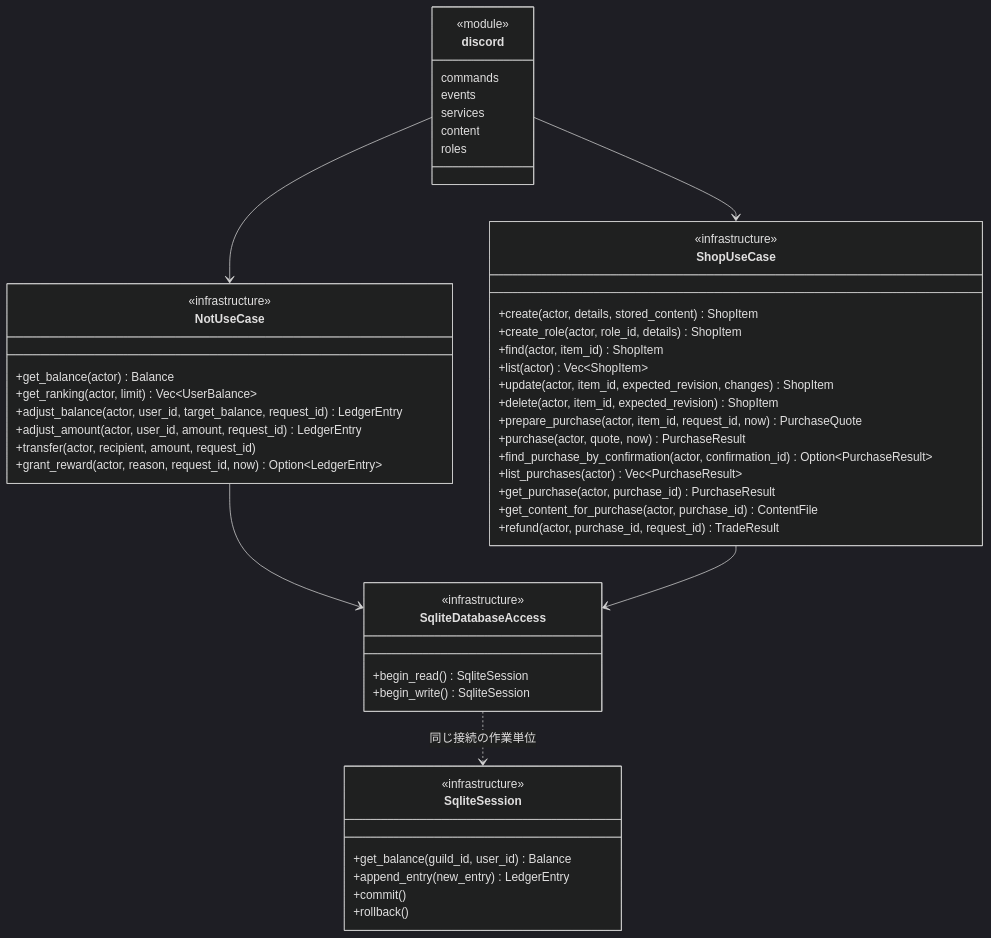
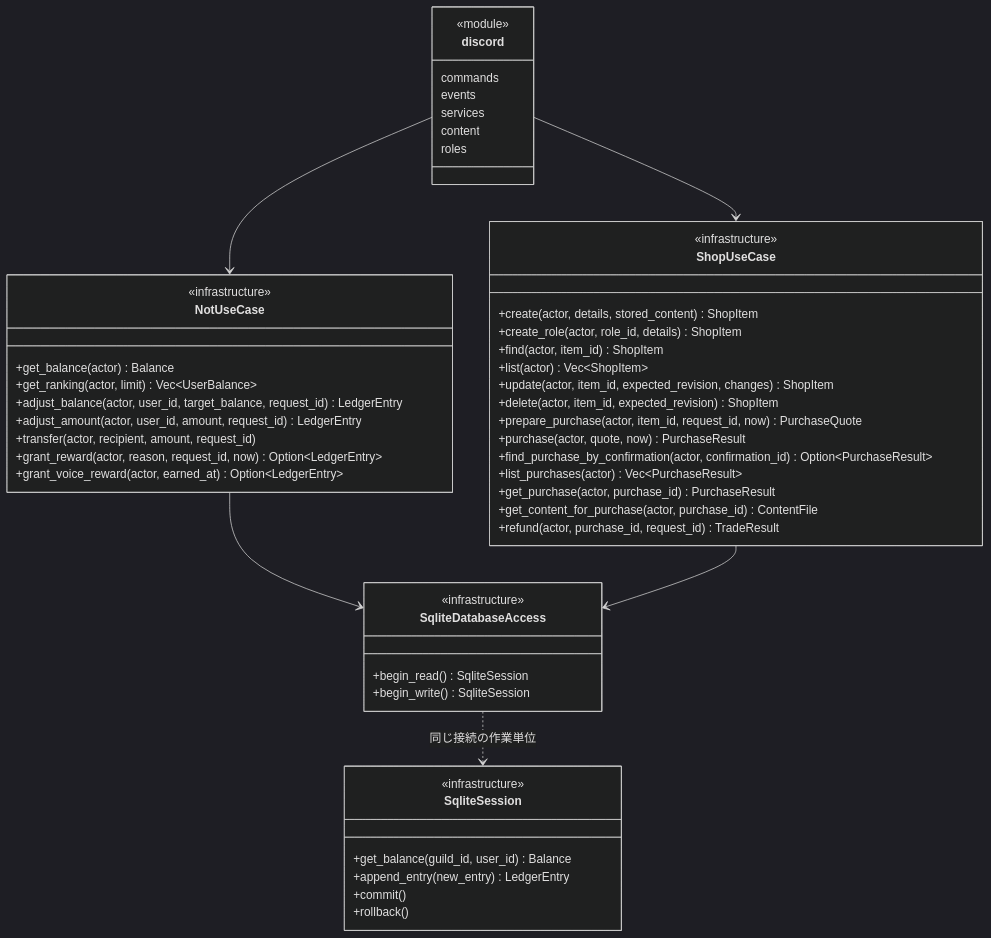
The diagram in design/REPOSITORY.md (segfau-yama/NotBot), drawn with Mermaid (dark theme) before and after one commit. The commit also changed other lines of this file and 16 other files, not shown here.

````diff
--- a/design/REPOSITORY.md
+++ b/design/REPOSITORY.md
@@ -9,53 +9,54 @@
 ```mermaid
 classDiagram
     class discord {
         <<module>>
         commands
         events
         services
         content
         roles
     }
     class NotUseCase {
         <<infrastructure>>
         +get_balance(actor) Balance
         +get_ranking(actor, limit) Vec~UserBalance~
         +adjust_balance(actor, user_id, target_balance, request_id) LedgerEntry
         +adjust_amount(actor, user_id, amount, request_id) LedgerEntry
         +transfer(actor, recipient, amount, request_id)
         +grant_reward(actor, reason, request_id, now) Option~LedgerEntry~
+        +grant_voice_reward(actor, earned_at) Option~LedgerEntry~
     }
     class ShopUseCase {
         <<infrastructure>>
         +create(actor, details, stored_content) ShopItem
         +create_role(actor, role_id, details) ShopItem
         +find(actor, item_id) ShopItem
         +list(actor) Vec~ShopItem~
         +update(actor, item_id, expected_revision, changes) ShopItem
         +delete(actor, item_id, expected_revision) ShopItem
         +prepare_purchase(actor, item_id, request_id, now) PurchaseQuote
         +purchase(actor, quote, now) PurchaseResult
         +find_purchase_by_confirmation(actor, confirmation_id) Option~PurchaseResult~
         +list_purchases(actor) Vec~PurchaseResult~
         +get_purchase(actor, purchase_id) PurchaseResult
         +get_content_for_purchase(actor, purchase_id) ContentFile
         +refund(actor, purchase_id, request_id) TradeResult
     }
     class SqliteDatabaseAccess {
         <<infrastructure>>
         +begin_read() SqliteSession
         +begin_write() SqliteSession
     }
     class SqliteSession {
         <<infrastructure>>
         +get_balance(guild_id, user_id) Balance
         +append_entry(new_entry) LedgerEntry
         +commit()
         +rollback()
     }
     discord --> NotUseCase
     discord --> ShopUseCase
     NotUseCase --> SqliteDatabaseAccess
     ShopUseCase --> SqliteDatabaseAccess
     SqliteDatabaseAccess ..> SqliteSession : 同じ接続の作業単位
 ```
````
